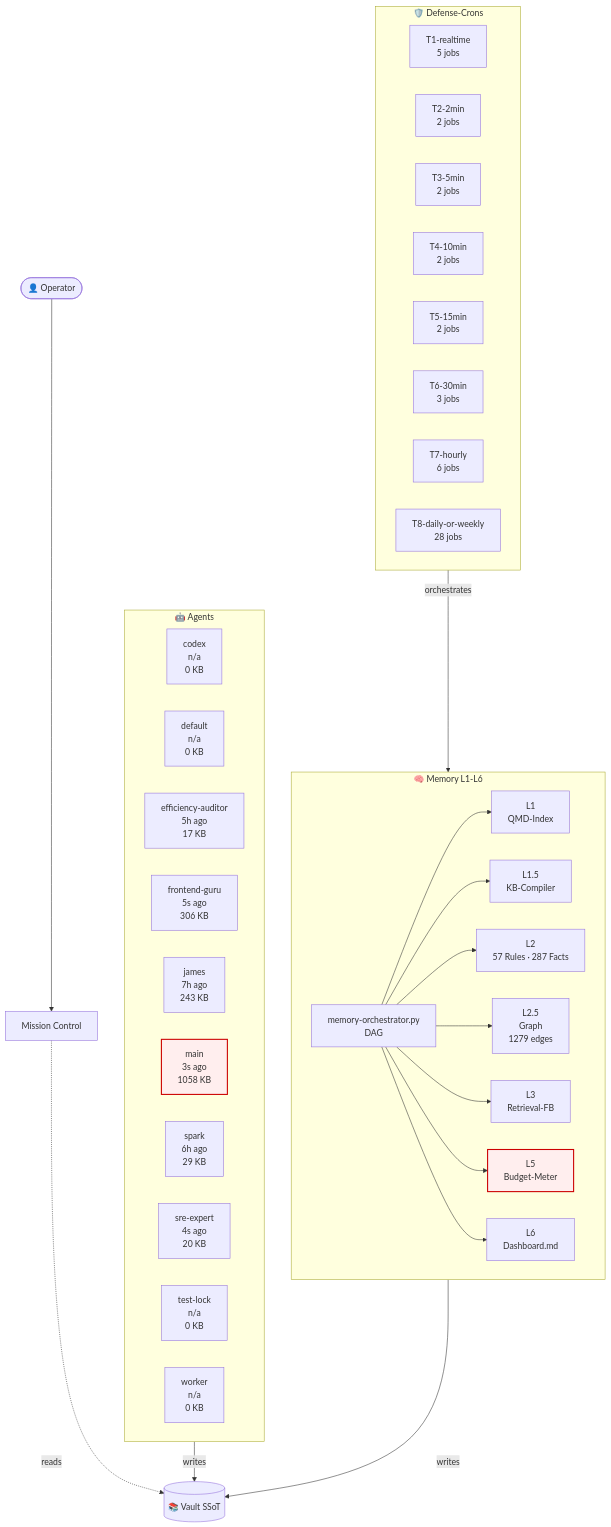
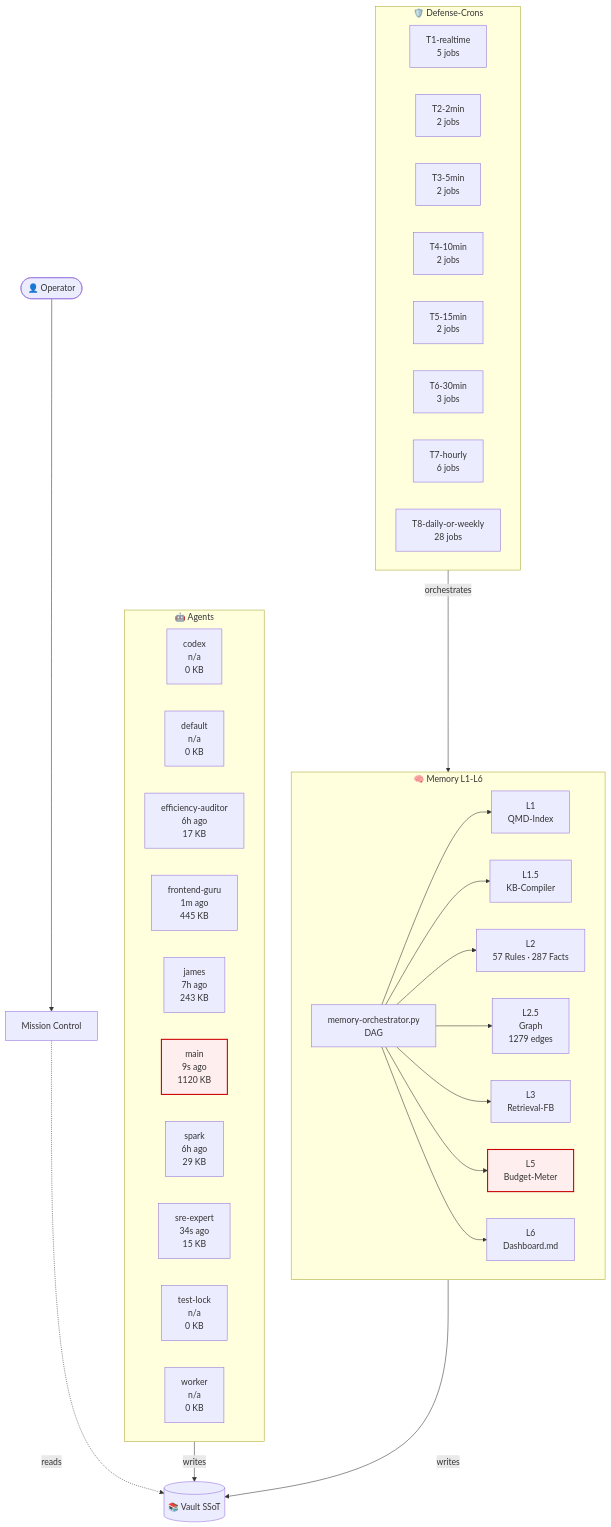
One commit to lenardhuebner88-rgb/openclaw-memory changed the diagram in 03-Agents/architecture-live.md. Above: the diagram before and after it, drawn with Mermaid. The commit also changed other lines of this file and 7 other files, not shown here.

````diff
--- a/03-Agents/architecture-live.md
+++ b/03-Agents/architecture-live.md
@@ -18,53 +18,53 @@
 ```mermaid
 flowchart TB
     classDef critical fill:#fee,stroke:#c00,stroke-width:2px;
     subgraph AGT["🤖 Agents"]
         agent_codex["codex<br/>n/a<br/>0 KB"]
         agent_default["default<br/>n/a<br/>0 KB"]
-        agent_efficiency_auditor["efficiency-auditor<br/>5h ago<br/>17 KB"]
-        agent_frontend_guru["frontend-guru<br/>5s ago<br/>306 KB"]
+        agent_efficiency_auditor["efficiency-auditor<br/>6h ago<br/>17 KB"]
+        agent_frontend_guru["frontend-guru<br/>1m ago<br/>445 KB"]
         agent_james["james<br/>7h ago<br/>243 KB"]
-        agent_main["main<br/>3s ago<br/>1058 KB"]
+        agent_main["main<br/>9s ago<br/>1120 KB"]
         agent_spark["spark<br/>6h ago<br/>29 KB"]
-        agent_sre_expert["sre-expert<br/>4s ago<br/>20 KB"]
+        agent_sre_expert["sre-expert<br/>34s ago<br/>15 KB"]
         agent_test_lock["test-lock<br/>n/a<br/>0 KB"]
         agent_worker["worker<br/>n/a<br/>0 KB"]
     end
     subgraph MEM["🧠 Memory L1-L6"]
         L1["L1<br/>QMD-Index"]
         L15["L1.5<br/>KB-Compiler"]
         L2["L2<br/>57 Rules · 287 Facts"]
         L25["L2.5<br/>Graph<br/>1279 edges"]
         L3["L3<br/>Retrieval-FB"]
         L5["L5<br/>Budget-Meter"]
         L6["L6<br/>Dashboard.md"]
         ORCH["memory-orchestrator.py<br/>DAG"]
     end
     subgraph CRN["🛡️ Defense-Crons"]
         tier_T1_realtime["T1-realtime<br/>5 jobs"]
         tier_T2_2min["T2-2min<br/>2 jobs"]
         tier_T3_5min["T3-5min<br/>2 jobs"]
         tier_T4_10min["T4-10min<br/>2 jobs"]
         tier_T5_15min["T5-15min<br/>2 jobs"]
         tier_T6_30min["T6-30min<br/>3 jobs"]
         tier_T7_hourly["T7-hourly<br/>6 jobs"]
         tier_T8_daily_or_weekly["T8-daily-or-weekly<br/>28 jobs"]
     end
     VAULT[("📚 Vault SSoT")]
     OP([👤 Operator])
     MC["Mission Control"]
     OP --> MC
     MC -.reads.-> VAULT
     AGT -->|writes| VAULT
     MEM -->|writes| VAULT
     ORCH --> L1
     ORCH --> L15
     ORCH --> L2
     ORCH --> L25
     ORCH --> L3
     ORCH --> L5
     ORCH --> L6
     CRN -->|orchestrates| MEM
     class L5 critical
     class agent_main critical
 ```
````
